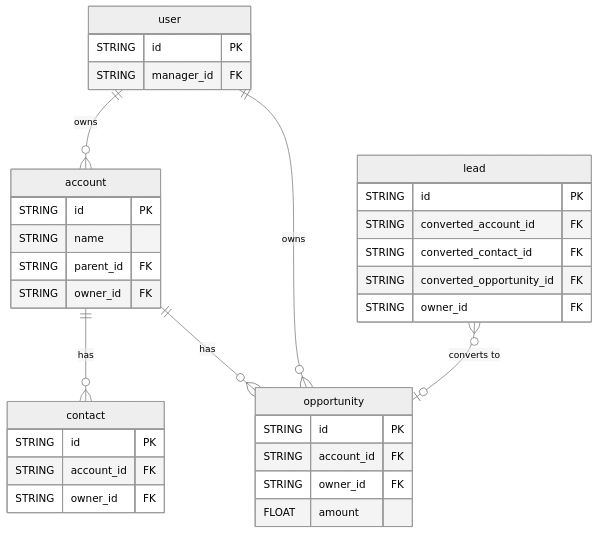
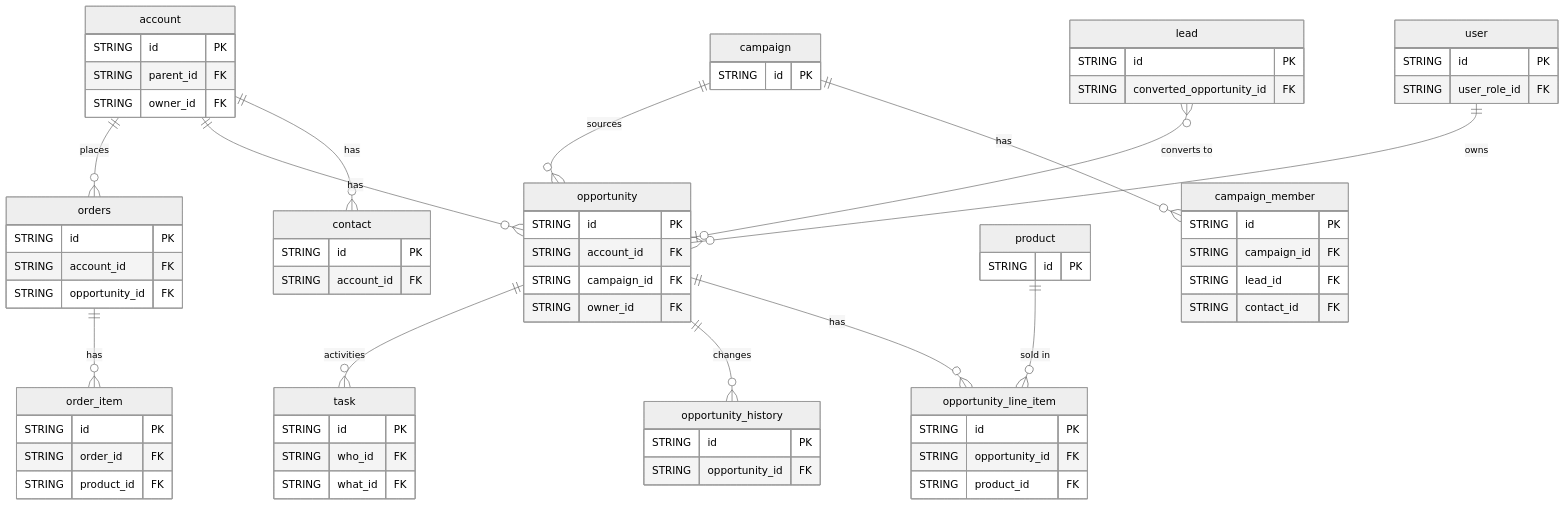
Before and after one commit to quanti-data-mkt/documentation: the diagram in connectors/sales-analytics-connectors/salesforce.md, drawn with Mermaid (neutral theme). The commit also changed other lines of this file, not shown here.

Commit message:
docs(salesforce): document the 19 new reports and history tables

````diff
--- a/connectors/sales-analytics-connectors/salesforce.md
+++ b/connectors/sales-analytics-connectors/salesforce.md
@@ -128,36 +130,74 @@
 ```mermaid
 erDiagram
     account {
         STRING id PK
-        STRING name
         STRING parent_id FK
         STRING owner_id FK
     }
     contact {
         STRING id PK
         STRING account_id FK
-        STRING owner_id FK
     }
     lead {
         STRING id PK
-        STRING converted_account_id FK
-        STRING converted_contact_id FK
         STRING converted_opportunity_id FK
-        STRING owner_id FK
     }
     opportunity {
         STRING id PK
         STRING account_id FK
+        STRING campaign_id FK
         STRING owner_id FK
-        FLOAT amount
     }
     user {
         STRING id PK
-        STRING manager_id FK
+        STRING user_role_id FK
+    }
+    campaign {
+        STRING id PK
+    }
+    campaign_member {
+        STRING id PK
+        STRING campaign_id FK
+        STRING lead_id FK
+        STRING contact_id FK
+    }
+    opportunity_line_item {
+        STRING id PK
+        STRING opportunity_id FK
+        STRING product_id FK
+    }
+    product {
+        STRING id PK
+    }
+    opportunity_history {
+        STRING id PK
+        STRING opportunity_id FK
+    }
+    task {
+        STRING id PK
+        STRING who_id FK
+        STRING what_id FK
+    }
+    orders {
+        STRING id PK
+        STRING account_id FK
+        STRING opportunity_id FK
+    }
+    order_item {
+        STRING id PK
+        STRING order_id FK
+        STRING product_id FK
     }
     account ||--o{ contact : "has"
     account ||--o{ opportunity : "has"
-    user ||--o{ account : "owns"
     user ||--o{ opportunity : "owns"
     lead }o--o| opportunity : "converts to"
+    campaign ||--o{ campaign_member : "has"
+    campaign ||--o{ opportunity : "sources"
+    opportunity ||--o{ opportunity_line_item : "has"
+    product ||--o{ opportunity_line_item : "sold in"
+    opportunity ||--o{ opportunity_history : "changes"
+    opportunity ||--o{ task : "activities"
+    account ||--o{ orders : "places"
+    orders ||--o{ order_item : "has"
 ```
````
